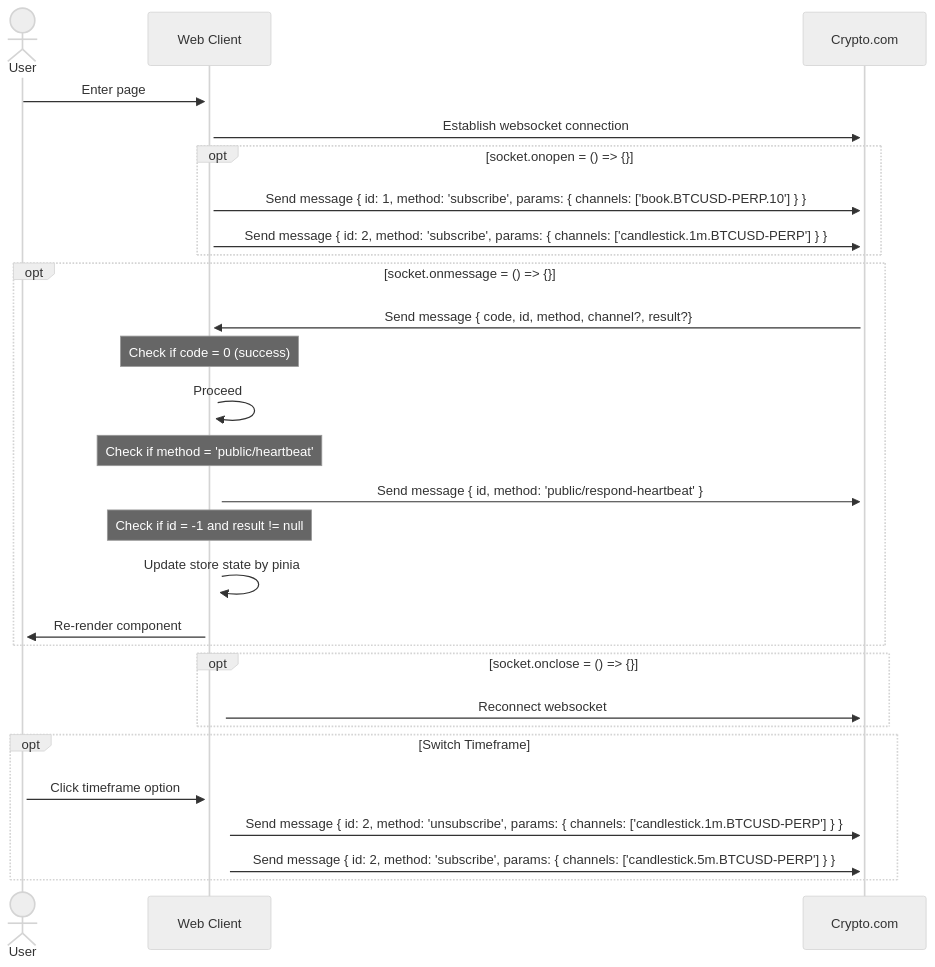
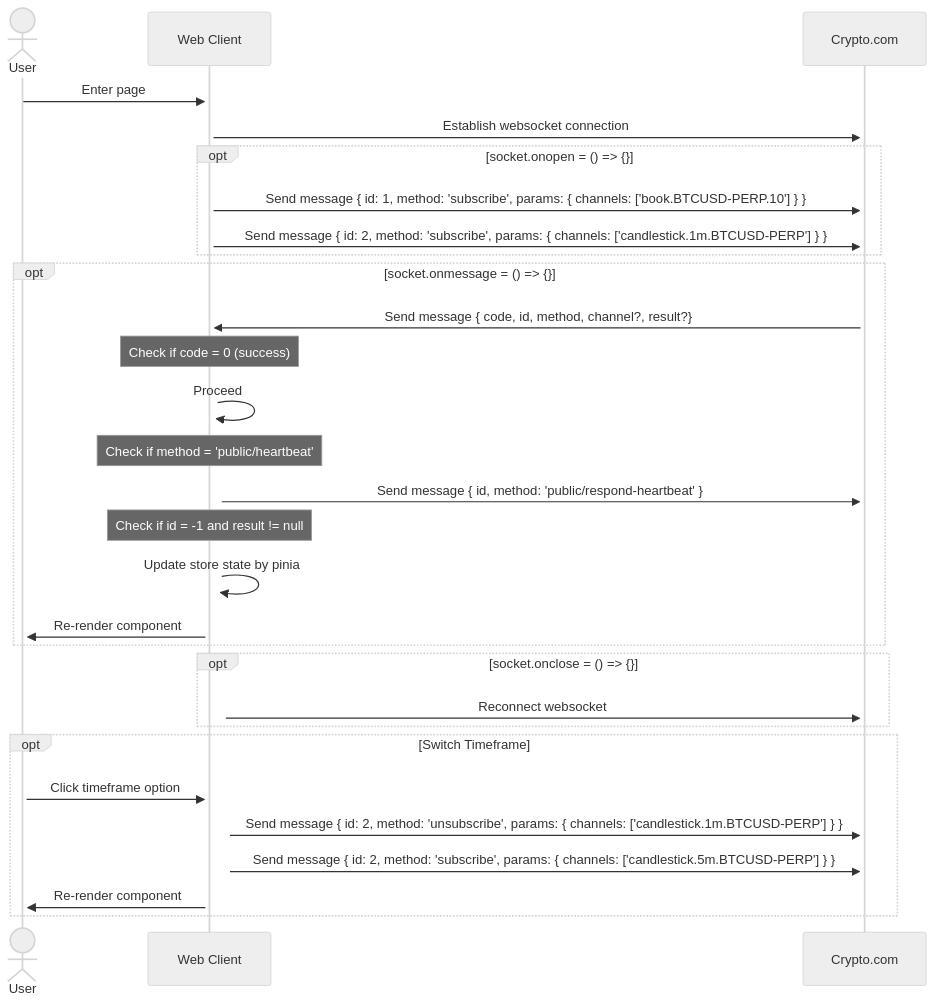
Before and after one commit to YuAnWu0000/cryptoExchange: the diagram in README.md, drawn with Mermaid (neutral theme).

Commit message:
UPDATE: Websocket flow chart in README.md

````diff
--- a/README.md
+++ b/README.md
@@ -11,31 +11,31 @@
 ```mermaid
 sequenceDiagram
   actor User
   participant Web Client
   participant Crypto.com
   User ->>+ Web Client: Enter page
   Web Client ->>+ Crypto.com: Establish websocket connection
   opt socket.onopen = () => {}
   Web Client->>+ Crypto.com: Send message { id: 1, method: 'subscribe', params: { channels: ['book.BTCUSD-PERP.10'] } }
   Web Client->>+ Crypto.com: Send message { id: 2, method: 'subscribe', params: { channels: ['candlestick.1m.BTCUSD-PERP'] } }
   end
   opt socket.onmessage = () => {}
   Crypto.com->>+ Web Client: Send message { code, id, method, channel?, result?}
   Note over Web Client: Check if code = 0 (success)
   Web Client->>+ Web Client: Proceed
   Note over Web Client: Check if method = 'public/heartbeat'
   Web Client->>+ Crypto.com: Send message { id, method: 'public/respond-heartbeat' }
   Note over Web Client: Check if id = -1 and result != null
   Web Client->>+ Web Client: Update store state by pinia
   Web Client->>+ User: Re-render component
   end
   opt socket.onclose = () => {}
   Web Client->>+ Crypto.com: Reconnect websocket
   end
   opt Switch Timeframe
   User->>+ Web Client: Click timeframe option
   Web Client->>+ Crypto.com: Send message { id: 2, method: 'unsubscribe', params: { channels: ['candlestick.1m.BTCUSD-PERP'] } }
   Web Client->>+ Crypto.com: Send message { id: 2, method: 'subscribe', params: { channels: ['candlestick.5m.BTCUSD-PERP'] } }
-
+  Web Client->>+ User: Re-render component
   end
 ```
````
